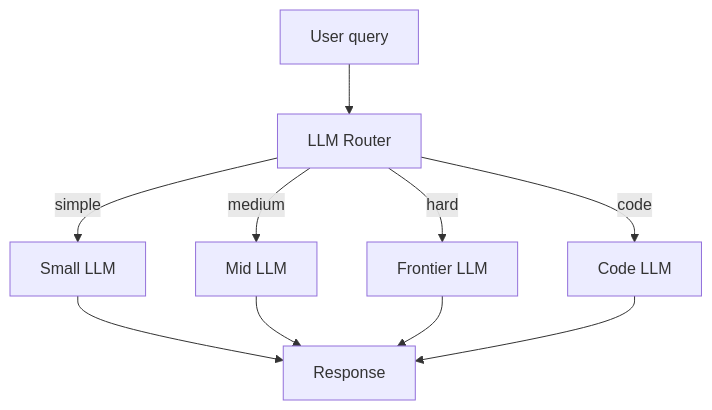
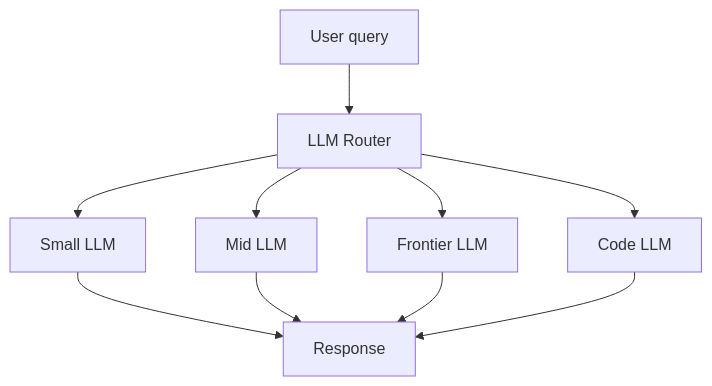
Before and after one commit to kaisarnajar/outcome-school-blogs: the first of 2 diagrams in notes/step-16-ai-infrastructure-deployment-and-system-design/188-llm-routing.md, drawn with Mermaid. The commit also changed other lines of this file and 233 other files, not shown here.

````diff
--- a/notes/step-16-ai-infrastructure-deployment-and-system-design/188-llm-routing.md
+++ b/notes/step-16-ai-infrastructure-deployment-and-system-design/188-llm-routing.md
@@ -47,12 +29,12 @@
 ```mermaid
 flowchart TD
     Q["User query"] --> R["LLM Router"]
-    R -->|"simple"| S["Small LLM"]
-    R -->|"medium"| M["Mid LLM"]
-    R -->|"hard"| F["Frontier LLM"]
-    R -->|"code"| C["Code LLM"]
-    S --> A["Response"]
-    M --> A
-    F --> A
-    C --> A
+    R --> S["Small LLM"]
+    R --> M["Mid LLM"]
+    R --> F["Frontier LLM"]
+    R --> CD["Code LLM"]
+    S --> O["Response"]
+    M --> O
+    F --> O
+    CD --> O
 ```
````
